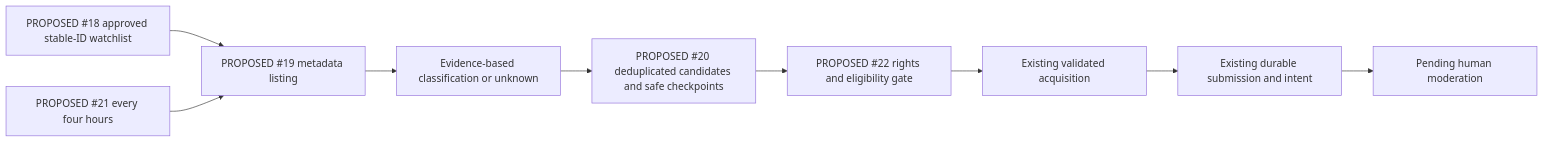
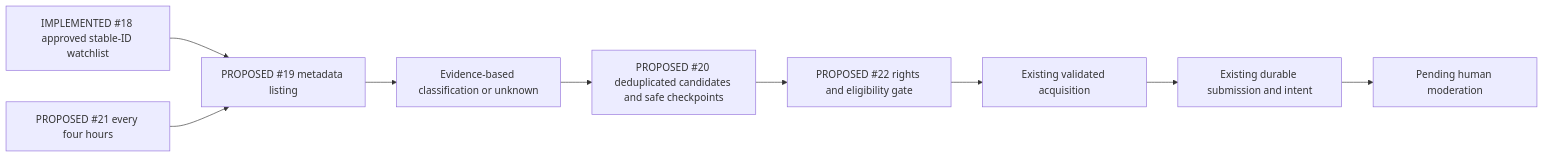
The sixth of 6 diagrams in docs/WORKFLOW_MAP.md (SoloMidMiram/CatsChannel), drawn with Mermaid before and after one commit. The commit also changed other lines of this file and 11 other files, not shown here.

Commit message:
docs: reconcile discovery acceptance and project roadmap

````diff
--- a/docs/WORKFLOW_MAP.md
+++ b/docs/WORKFLOW_MAP.md
@@ -121,11 +121,11 @@
 ```mermaid
 flowchart LR
-  W[PROPOSED #18 approved stable-ID watchlist] --> Scan[PROPOSED #19 metadata listing]
+  W[IMPLEMENTED #18 approved stable-ID watchlist] --> Scan[PROPOSED #19 metadata listing]
   Scan --> Class[Evidence-based classification or unknown]
   Class --> Ledger[PROPOSED #20 deduplicated candidates and safe checkpoints]
   Clock[PROPOSED #21 every four hours] --> Scan
   Ledger --> Eligible[PROPOSED #22 rights and eligibility gate]
   Eligible --> Acquire[Existing validated acquisition]
   Acquire --> Submission[Existing durable submission and intent]
   Submission --> Review[Pending human moderation]
 ```
````
